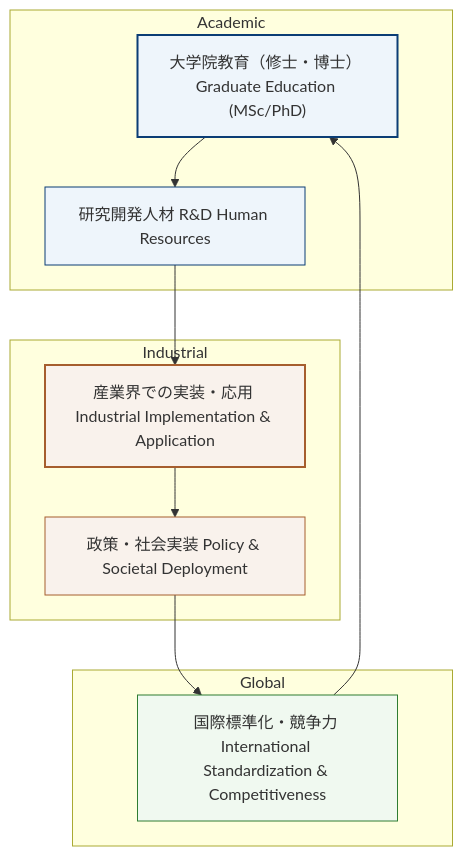
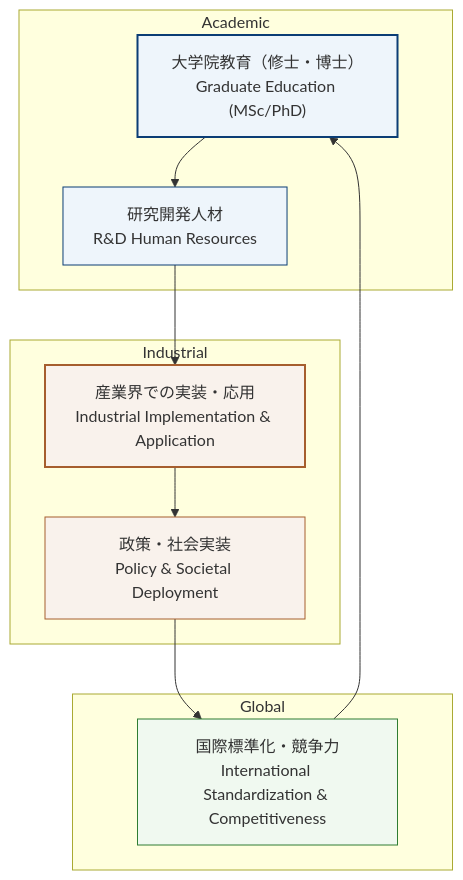
Before and after one commit to Samizo-AITL/AITL-Strategy-Proposal: the third of 3 diagrams in AITL_Strategy_Proposal_Draft_v4_1.md, drawn with Mermaid.

````diff
--- a/AITL_Strategy_Proposal_Draft_v4_1.md
+++ b/AITL_Strategy_Proposal_Draft_v4_1.md
@@ -208,31 +208,31 @@
 ```mermaid
 flowchart TB
-    A["大学院教育（修士・博士） Graduate Education (MSc/PhD)"] --> B["研究開発人材 R&D Human Resources"]
-    B --> C["産業界での実装・応用 Industrial Implementation & Application"]
-    C --> D["政策・社会実装 Policy & Societal Deployment"]
-    D --> E["国際標準化・競争力 International Standardization & Competitiveness"]
+    A["大学院教育（修士・博士）<br/>Graduate Education (MSc/PhD)"] --> B["研究開発人材<br/>R&D Human Resources"]
+    B --> C["産業界での実装・応用<br/>Industrial Implementation & Application"]
+    C --> D["政策・社会実装<br/>Policy & Societal Deployment"]
+    D --> E["国際標準化・競争力<br/>International Standardization & Competitiveness"]
     E --> A
 
     subgraph Academic
-      A
-      B
+        A
+        B
     end
 
     subgraph Industrial
-      C
-      D
+        C
+        D
     end
 
     subgraph Global
-      E
+        E
     end
 
     style A fill:#eef5fb,stroke:#0b3d75,stroke-width:1px
     style B fill:#eef5fb,stroke:#0b3d75,stroke-width:1px
     style C fill:#f9f2ec,stroke:#a65e2e,stroke-width:1px
     style D fill:#f9f2ec,stroke:#a65e2e,stroke-width:1px
     style E fill:#f0f9f0,stroke:#2e7d32,stroke-width:1px
 
     style A stroke-width:2px
     style C stroke-width:2px
 ```
````
